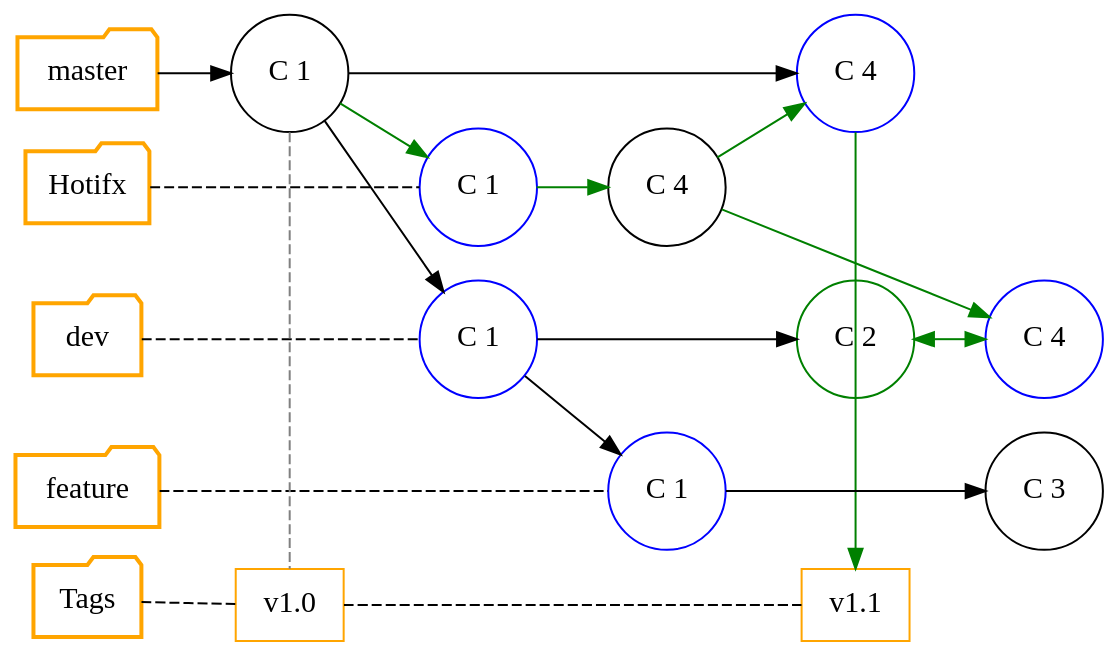
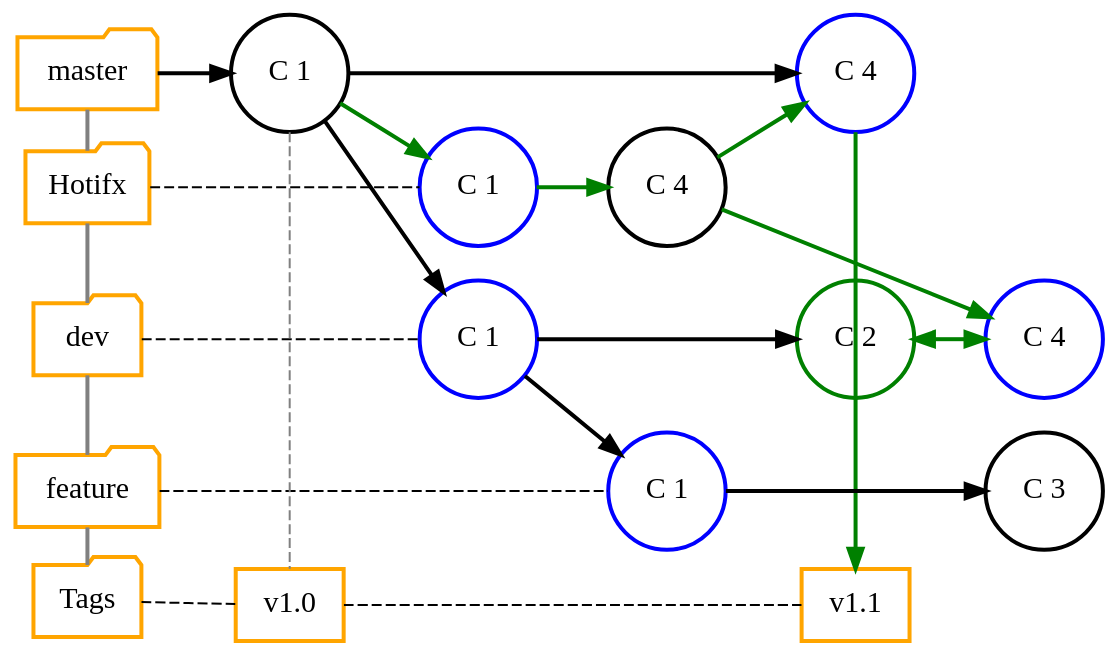
One commit to Gepardec/git-training changed the diagram in slides/intro/src/docs/asciidoc/graphviz/git-scenario-6.dot. Above: the diagram before and after it, drawn with Graphviz. The commit also changed 31 other files, not shown here.

Commit message:
Removed unused graphviz files. Modified all graphviz graphs to use bold nodes and arrows. Little changes in slides

```diff
--- a/slides/intro/src/docs/asciidoc/graphviz/git-scenario-6.dot
+++ b/slides/intro/src/docs/asciidoc/graphviz/git-scenario-6.dot
@@ -1,62 +1,64 @@
 digraph git_scenario_6 {
     splines=line
     rankdir="LR"
     bgcolor="transparent"
+
+    edge[style=bold]
 
     /* Nodes representing the branches */
     node[ fontsize=15.0,style="bold", shape=folder, color=orange]
     master [group="master"]
     hotfix [label="Hotifx", group="hotfix"]
     dev [group="dev"]
     feature [label="feature", group="feature"]
     tags [label="Tags", group="tags"]
 
     /* Nodes representing commit */
-    node[ fontsize=15.0,style="",shape=circle, color=""]
+    node[ fontsize=15.0,shape=circle, color=""]
     C_1[label="C 1", group="master"]
     C_2[label="C 2", group="dev", color="green"]
     C_3[label="C 3", group="feature"]
     C_4[label="C 4", group="hotfix"]
 
     /* Nodes representing pointer */
     node[color="blue"]
     C_1_D [label="C 1", group="dev"]
     C_4_D [label="C 4", group="dev"]
     C_4_M [label="C 4", group="master"]
     C_1_F_1 [label="C 1", group="feature"]
     C_1_H_1 [label="C 1", group="hotfix"]
 
     /* Nodes representing Tags */
-    node[shape=rect,fontsize=15.0, style="", color=orange]
+    node[shape=rect,fontsize=15.0,color=orange]
     T_1 [label="v1.0", group="release"]
     T_2 [label="v1.1", group="release"]
 
     /* Define master branch commits */
     master -> C_1 -> C_4_M
     feature -> C_1_F_1 [arrowhead=none,style="dashed"]
     dev -> C_1_D [arrowhead=none,style="dashed"]
     tags -> T_1 -> T_2 [arrowhead=none,style="dashed"]
     hotfix -> C_1_H_1 [arrowhead=none,style="dashed"]
     C_2 -> C_4_D [dir=both, color="green"]
 
     /* 1. inter branch commit */
     C_1 -> C_1_D -> C_1_F_1
     C_1 -> C_1_H_1 -> C_4 -> { C_4_M C_4_D } [color="green"]
     C_4_M -> T_2 [color="green"]
     C_1_D -> C_2
     C_1_F_1 -> C_3
 
     /* 2. Git Tags */
     edge[arrowhead=none, style=dashed, color="gray"]
     C_1 -> T_1
 
     /* Connect branches with invis edges, to declare ordering this way */
-    edge[style=invis]
+    edge[style=invis,style=bold]
     master -> hotfix -> dev -> feature -> tags
 
     {rank=same; C_1 T_1 }
     {rank=same; T_2 C_4_M}
     {rank=same; C_2 C_4_M}
     {rank=same; C_4_D C_3}
     {rank=same; master hotfix dev feature tags}
 }
```
